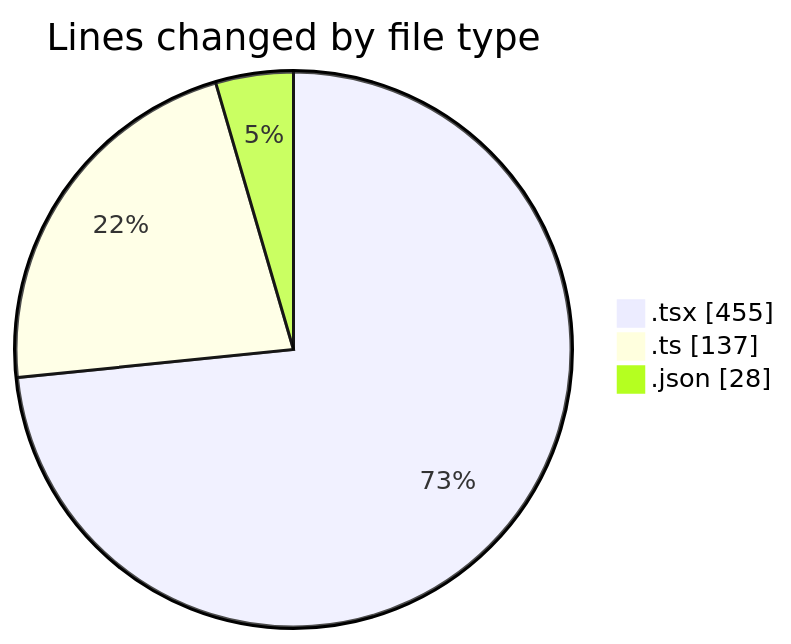
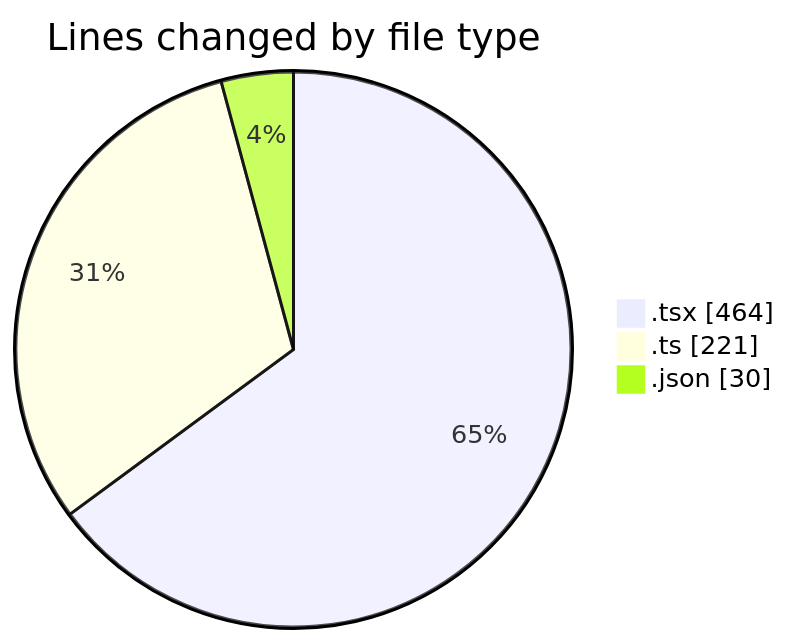
One commit to momahboobian/code-tracking changed the first of 2 diagrams in 2025-04-29/cda/README.md. Above: the diagram before and after it, drawn with Mermaid. The commit also changed other lines of this file and 1 other file, not shown here.

````diff
--- a/2025-04-29/cda/README.md
+++ b/2025-04-29/cda/README.md
@@ -26,7 +26,7 @@
 ```mermaid
 pie showData
 title Lines changed by file type
-".tsx" : 455
-".ts" : 137
-".json" : 28
+".tsx" : 464
+".ts" : 221
+".json" : 30
 ```
````
